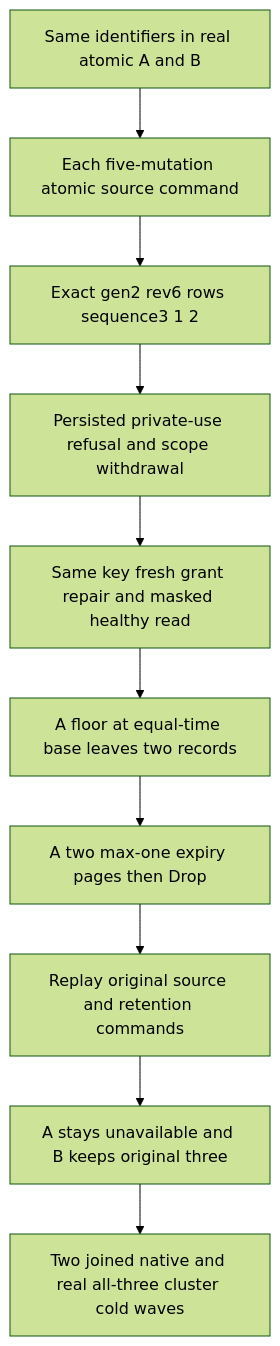
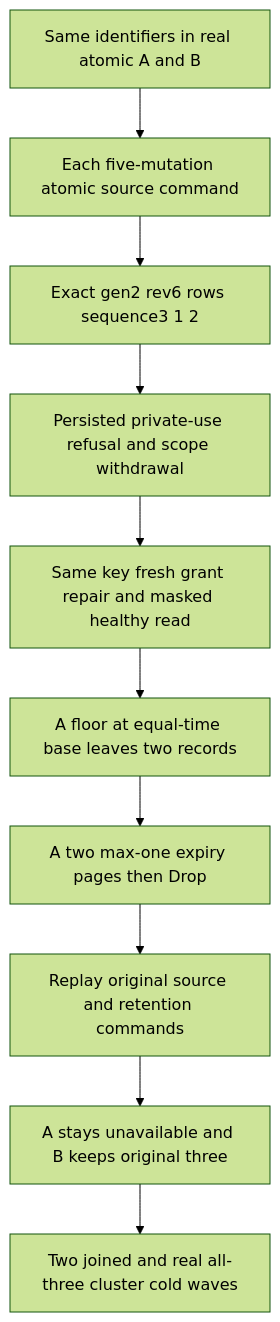
The diagram in docs/Features/TimeSeries/PartitionScopedChunkQualification.md (managedcode/KeyLoad), drawn with Mermaid (forest theme) before and after one commit. The commit also changed other lines of this file and 9016 other files, not shown here.

````diff
--- a/docs/Features/TimeSeries/PartitionScopedChunkQualification.md
+++ b/docs/Features/TimeSeries/PartitionScopedChunkQualification.md
@@ -19,12 +19,12 @@
 ```mermaid
 flowchart TD
     Seed[Same identifiers in real atomic A and B] --> Publish[Each five-mutation atomic source command]
     Publish --> Both[Exact gen2 rev6 rows sequence3 1 2]
     Both --> Policy[Persisted private-use refusal and scope withdrawal]
     Policy --> Repair[Same key fresh grant repair and masked healthy read]
     Repair --> Partial[A floor at equal-time base leaves two records]
     Partial --> Full[A two max-one expiry pages then Drop]
     Full --> Retry[Replay original source and retention commands]
     Retry --> Separate[A stays unavailable and B keeps original three]
-    Separate --> Cold[Two joined native and real all-three cluster cold waves]
+    Separate --> Cold[Two joined and real all-three cluster cold waves]
 ```
````
